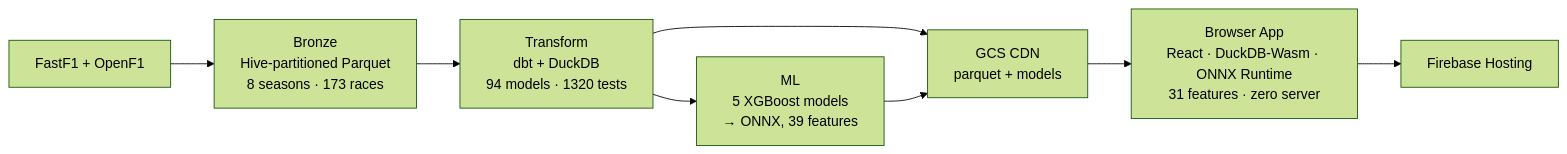
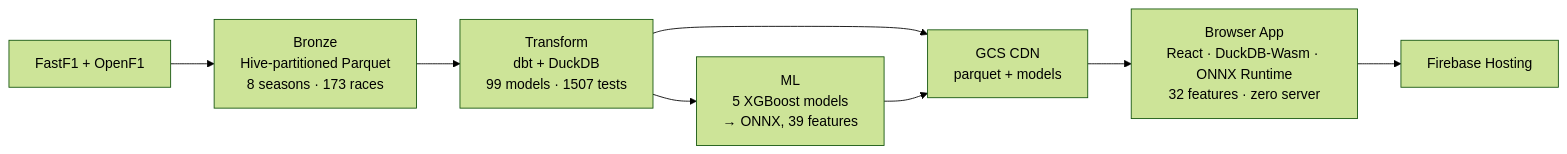
Before and after one commit to JustinClarke/off-the-pace: the diagram in README.md, drawn with Mermaid (forest theme). The commit also changed other lines of this file and 52 other files, not shown here.

````diff
--- a/README.md
+++ b/README.md
@@ -60,10 +60,10 @@
 ```mermaid
 flowchart LR
     A["FastF1 + OpenF1"] --> B["Bronze<br/>Hive-partitioned Parquet<br/>8 seasons · 173 races"]
-    B --> C["Transform<br/>dbt + DuckDB<br/>94 models · 1320 tests"]
+    B --> C["Transform<br/>dbt + DuckDB<br/>99 models · 1507 tests"]
     C --> D["ML<br/>5 XGBoost models<br/>→ ONNX, 39 features"]
     C --> E["GCS CDN<br/>parquet + models"]
     D --> E
-    E --> F["Browser App<br/>React · DuckDB-Wasm · ONNX Runtime<br/>31 features · zero server"]
+    E --> F["Browser App<br/>React · DuckDB-Wasm · ONNX Runtime<br/>32 features · zero server"]
     F --> G["Firebase Hosting"]
 ```
````
